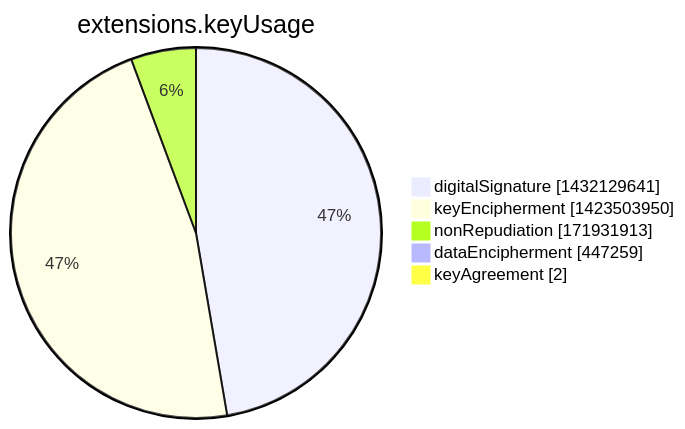
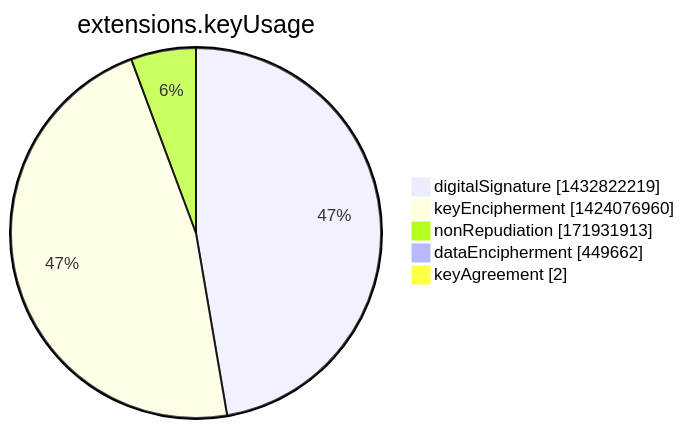
One commit to christiankrug/ctmonitor_visualization changed the seventh of 15 diagrams in argon2022/README.md. Above: the diagram before and after it, drawn with Mermaid. The commit also changed other lines of this file, not shown here.

````diff
--- a/argon2022/README.md
+++ b/argon2022/README.md
@@ -2751,9 +2751,9 @@
 ```mermaid
 pie showData
 title extensions.keyUsage
-"digitalSignature" :1432129641
-"keyEncipherment" :1423503950
+"digitalSignature" :1432822219
+"keyEncipherment" :1424076960
 "nonRepudiation" :171931913
-"dataEncipherment" :447259
+"dataEncipherment" :449662
 "keyAgreement" :2
 ```
````
